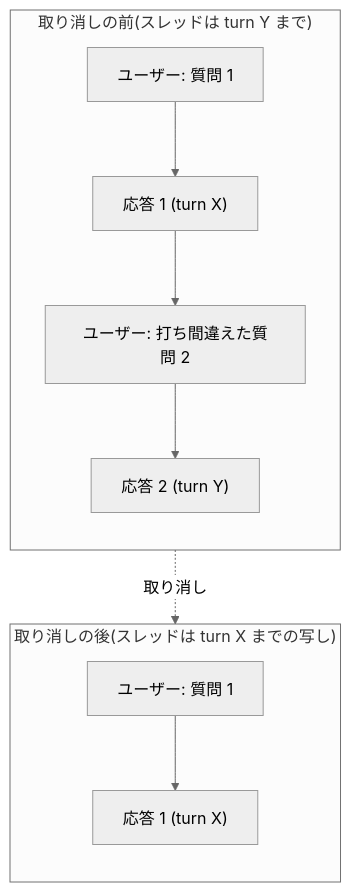
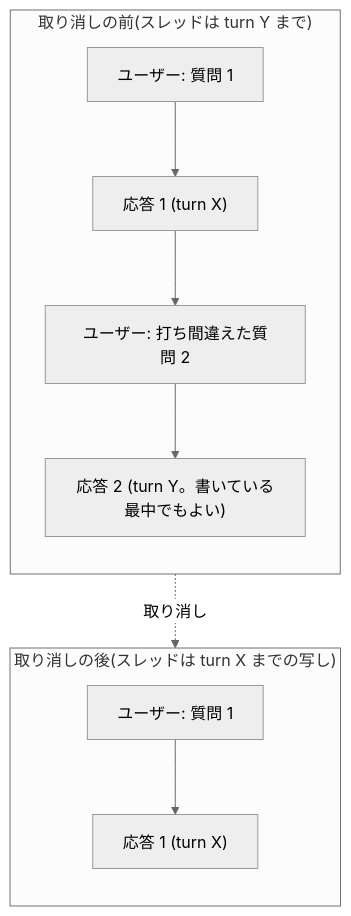
The diagram in docs/design/0018_undo_last_exchange.md (MatchaChoco010/carrel), drawn with Mermaid (neutral theme) before and after one commit. The commit also changed other lines of this file and 1 other file, not shown here.

````diff
--- a/docs/design/0018_undo_last_exchange.md
+++ b/docs/design/0018_undo_last_exchange.md
@@ -45,12 +47,12 @@
 ```mermaid
 flowchart TB
   subgraph before["取り消しの前(スレッドは turn Y まで)"]
     direction TB
-    A1["ユーザー: 質問 1"] --> A2["応答 1 (turn X)"] --> A3["ユーザー: 打ち間違えた質問 2"] --> A4["応答 2 (turn Y)"]
+    A1["ユーザー: 質問 1"] --> A2["応答 1 (turn X)"] --> A3["ユーザー: 打ち間違えた質問 2"] --> A4["応答 2 (turn Y。書いている最中でもよい)"]
   end
   subgraph after["取り消しの後(スレッドは turn X までの写し)"]
     direction TB
     B1["ユーザー: 質問 1"] --> B2["応答 1 (turn X)"]
   end
   before -. "取り消し" .-> after
 ```
````
